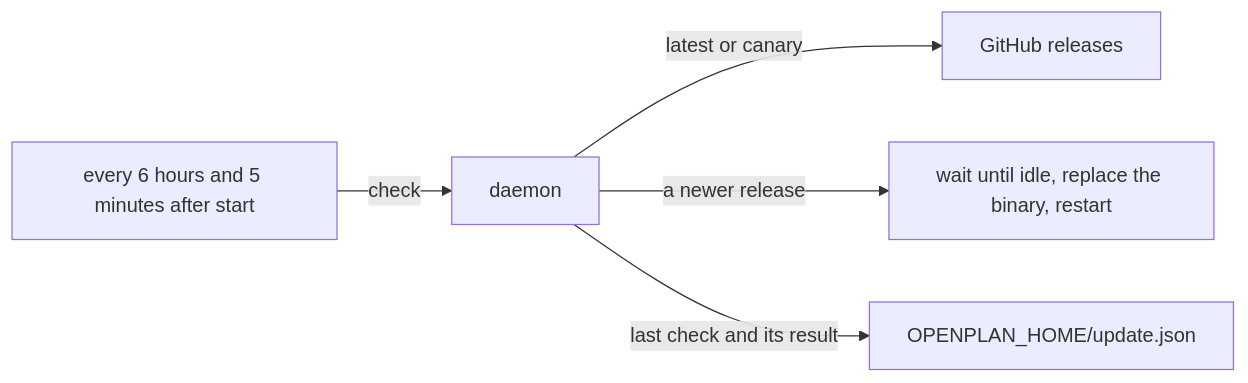
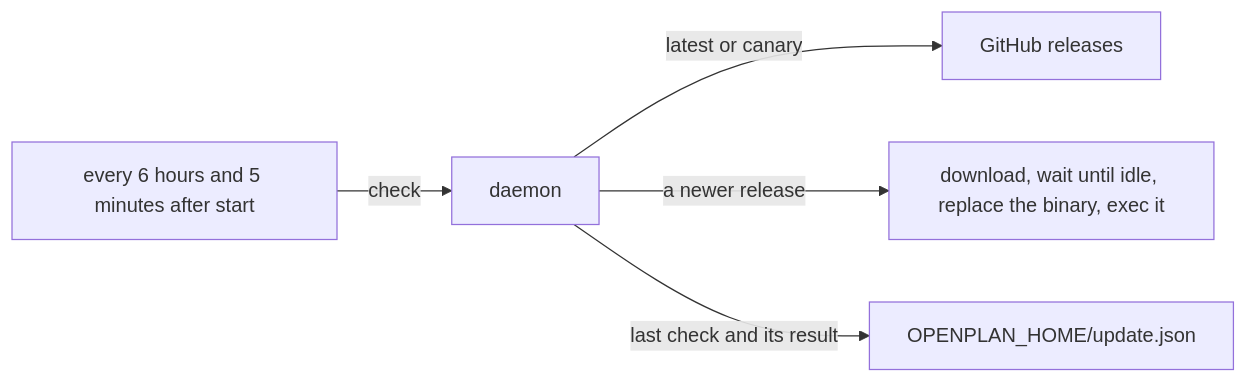
One commit to sukovanej/openplan changed the first of 2 diagrams in tasks/00126-auto-update-the-cli-and-the-daem.md. Above: the diagram before and after it, drawn with Mermaid. The commit also changed other lines of this file, not shown here.

````diff
--- a/tasks/00126-auto-update-the-cli-and-the-daem.md
+++ b/tasks/00126-auto-update-the-cli-and-the-daem.md
@@ -16,7 +16,7 @@
 ```mermaid
 flowchart LR
   timer[every 6 hours and 5 minutes after start] -->|check| daemon
   daemon -->|latest or canary| github[GitHub releases]
-  daemon -->|a newer release| swap[wait until idle, replace the binary, restart]
+  daemon -->|a newer release| swap[download, wait until idle, replace the binary, exec it]
   daemon -->|last check and its result| home["OPENPLAN_HOME/update.json"]
 ```
````
